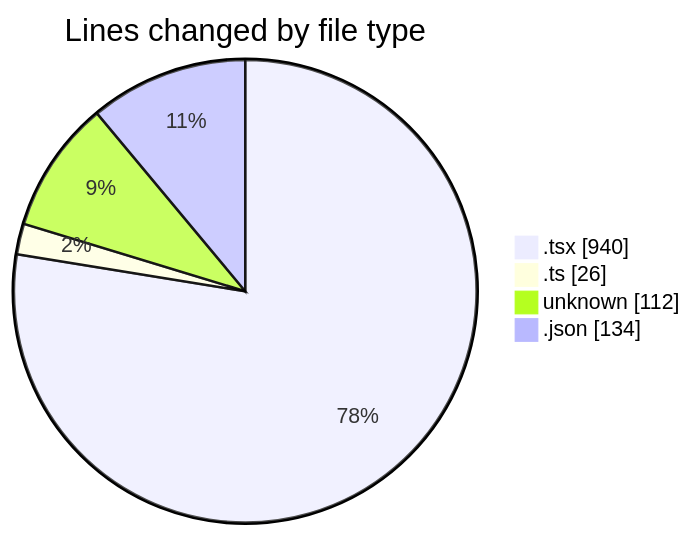
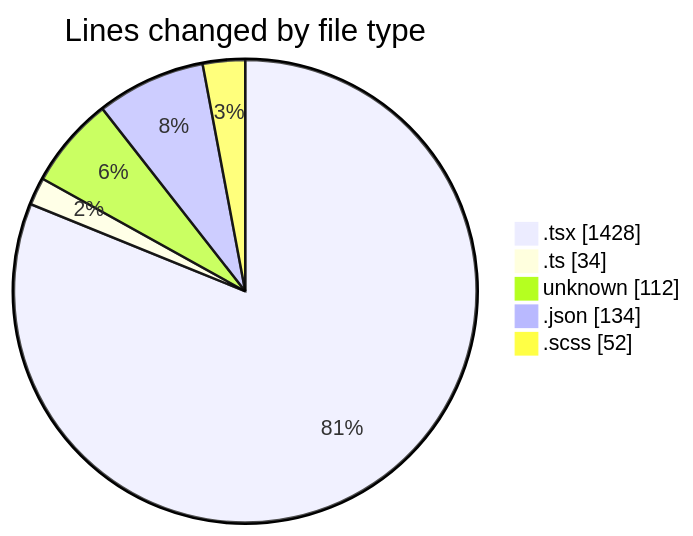
Before and after one commit to momahboobian/code-tracking: the first of 2 diagrams in 2026-04-28/cda/README.md, drawn with Mermaid. The commit also changed other lines of this file and 1 other file, not shown here.

````diff
--- a/2026-04-28/cda/README.md
+++ b/2026-04-28/cda/README.md
@@ -27,8 +34,9 @@
 ```mermaid
 pie showData
 title Lines changed by file type
-".tsx" : 940
-".ts" : 26
+".tsx" : 1428
+".ts" : 34
 "unknown" : 112
 ".json" : 134
+".scss" : 52
 ```
````
